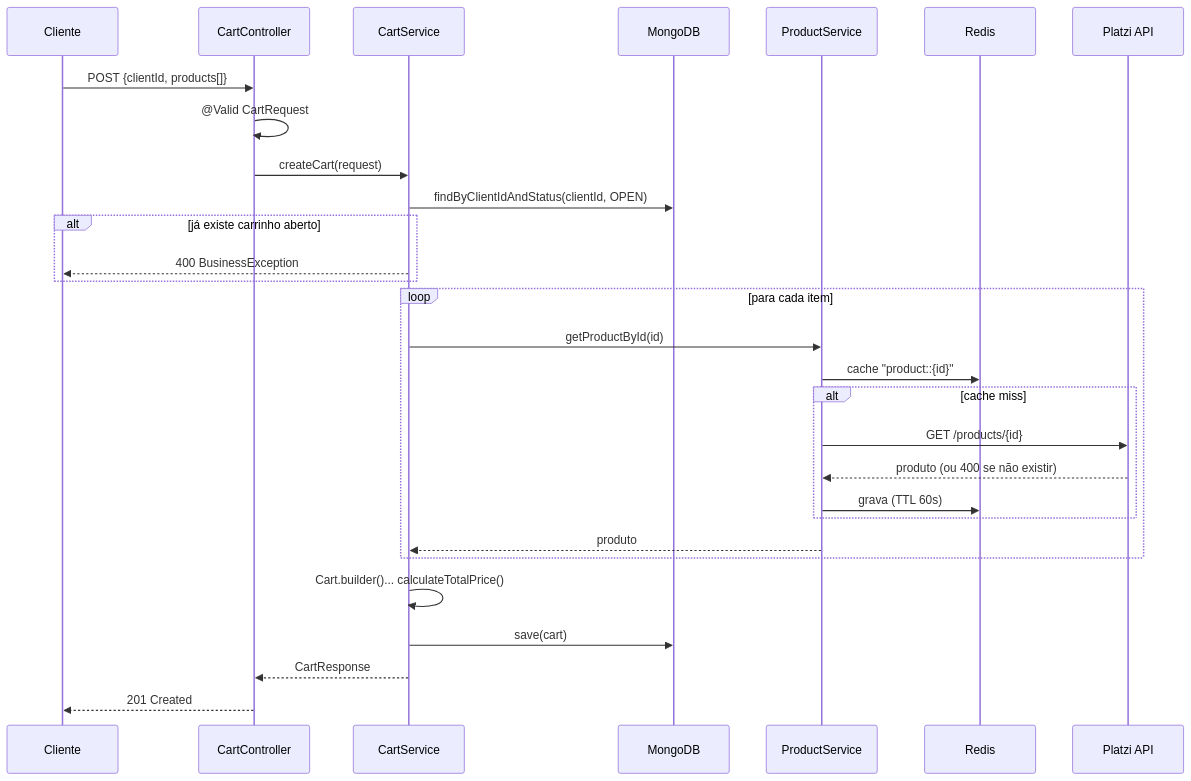
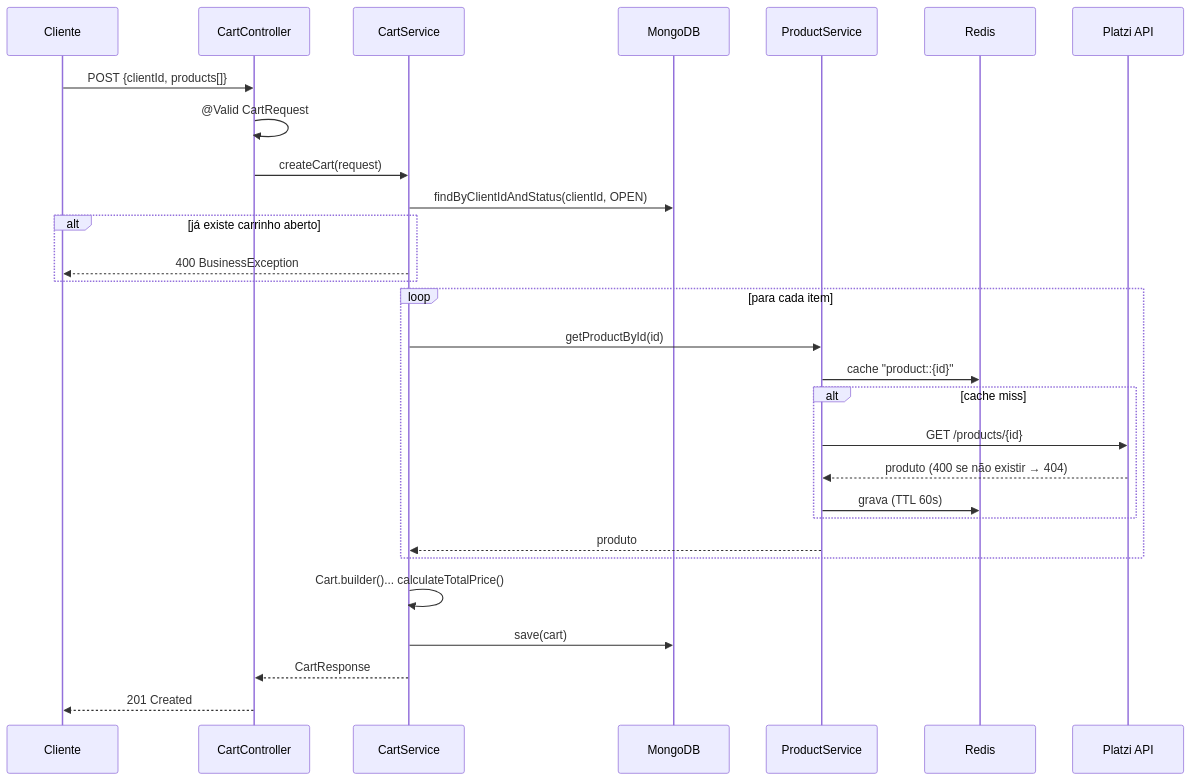
The fourth of 4 diagrams in docs/ARCHITECTURE.md (CarlosLonghi/API-ExpressCart), drawn with Mermaid before and after one commit. The commit also changed other lines of this file and 7 other files, not shown here.

````diff
--- a/docs/ARCHITECTURE.md
+++ b/docs/ARCHITECTURE.md
@@ -125,32 +125,32 @@
 ```mermaid
 sequenceDiagram
     participant C as Cliente
     participant CC as CartController
     participant CS as CartService
     participant DB as MongoDB
     participant PS as ProductService
     participant R as Redis
     participant P as Platzi API
 
     C->>CC: POST {clientId, products[]}
     CC->>CC: @Valid CartRequest
     CC->>CS: createCart(request)
     CS->>DB: findByClientIdAndStatus(clientId, OPEN)
     alt já existe carrinho aberto
         CS-->>C: 400 BusinessException
     end
     loop para cada item
         CS->>PS: getProductById(id)
         PS->>R: cache "product::{id}"
         alt cache miss
             PS->>P: GET /products/{id}
-            P-->>PS: produto (ou 400 se não existir)
+            P-->>PS: produto (400 se não existir → 404)
             PS->>R: grava (TTL 60s)
         end
         PS-->>CS: produto
     end
     CS->>CS: Cart.builder()... calculateTotalPrice()
     CS->>DB: save(cart)
     CS-->>CC: CartResponse
     CC-->>C: 201 Created
 ```
````
